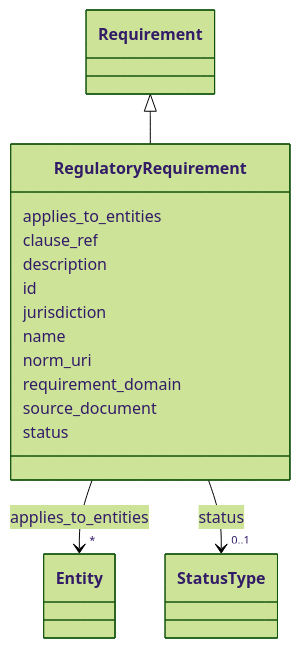
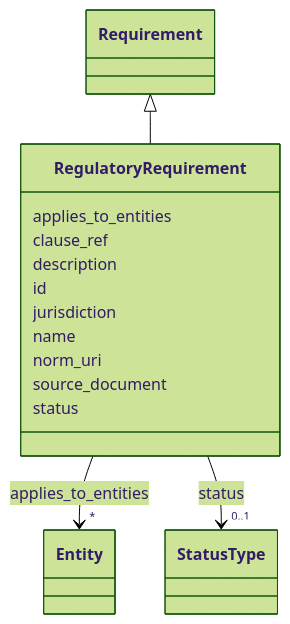
The diagram in latest/schema/RegulatoryRequirement.md (simondilhas/pragmatic-bim-data-contract), drawn with Mermaid (forest theme) before and after one commit. The commit also changed other lines of this file and 2590 other files, not shown here.

````diff
--- a/latest/schema/RegulatoryRequirement.md
+++ b/latest/schema/RegulatoryRequirement.md
@@ -23,47 +23,20 @@
 ```mermaid
  classDiagram
     class RegulatoryRequirement
-    click RegulatoryRequirement href "../RegulatoryRequirement/"
+    click RegulatoryRequirement href "./RegulatoryRequirement.html"
       Requirement <|-- RegulatoryRequirement
-        click Requirement href "../Requirement/"
-      
+        click Requirement href "./Requirement.html"
       RegulatoryRequirement : applies_to_entities
-        
-          
-    
-        
-        
         RegulatoryRequirement --> "*" Entity : applies_to_entities
-        click Entity href "../Entity/"
-    
-
-        
+        click Entity href "./Entity.html"
       RegulatoryRequirement : clause_ref
-        
       RegulatoryRequirement : description
-        
       RegulatoryRequirement : id
-        
       RegulatoryRequirement : jurisdiction
-        
       RegulatoryRequirement : name
-        
       RegulatoryRequirement : norm_uri
-        
-      RegulatoryRequirement : requirement_domain
-        
       RegulatoryRequirement : source_document
-        
       RegulatoryRequirement : status
-        
-          
-    
-        
-        
         RegulatoryRequirement --> "0..1" StatusType : status
-        click StatusType href "../StatusType/"
-    
-
-        
-      
+        click StatusType href "./StatusType.html"
 ```
````
